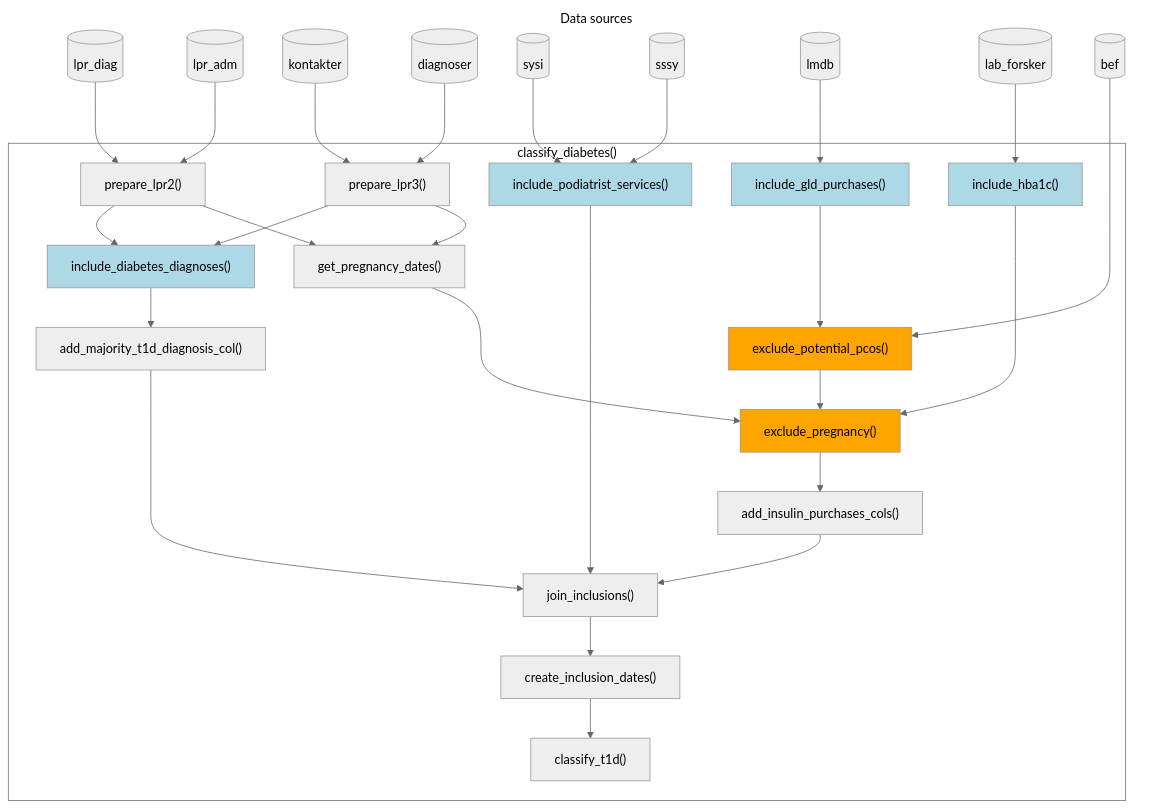
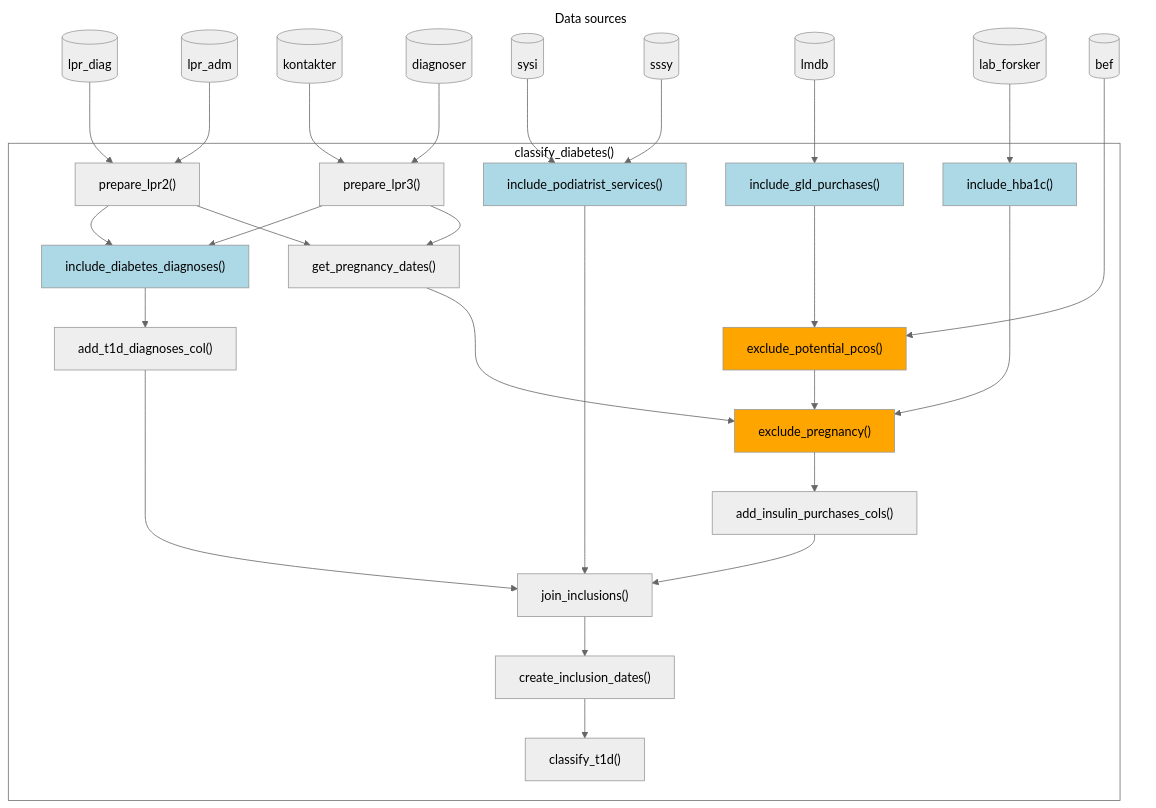
One commit to steno-aarhus/osdc changed the diagram in vignettes/function-flow.qmd. Above: the diagram before and after it, drawn with Mermaid (neutral theme). The commit also changed 2 other files, not shown here.

Commit message:
refactor: :pencil2: rename to `add_t1d_diagnoses_cols()`

````diff
--- a/vignettes/function-flow.qmd
+++ b/vignettes/function-flow.qmd
@@ -23,68 +23,68 @@
 ```{mermaid}
 %%| eval: true
 %%| fig-cap: "Flow of functions in, as well as their required input registers, in the `classify_diabetes()` function used for classifying diabetes status using the osdc package. Light blue and orange boxes represent filtering functions (inclusion and exclusion events, respectively)."
 
 flowchart TD
   subgraph data_sources["Data sources"]
     lpr_diag[("lpr_diag")]
     lpr_adm[("lpr_adm")]
     kontakter[("kontakter")]
     diagnoser[("diagnoser")]
     sysi[("sysi")]
     sssy[("sssy")]
     lmdb[("lmdb")]
     lab_forsker[("lab_forsker")]
     bef[("bef")]
   end
 
   subgraph classify_diabetes["classify_diabetes()"]
 
     lpr_diag --> prepare_lpr2["prepare_lpr2()"]
     lpr_adm --> prepare_lpr2
 
     kontakter --> prepare_lpr3["prepare_lpr3()"]
     diagnoser --> prepare_lpr3
 
     prepare_lpr2 --> get_pregnancy_dates["get_pregnancy_dates()"]
     prepare_lpr3 --> get_pregnancy_dates
 
     %% Inclusion steps
     sysi --> include_podiatrist_services["include_podiatrist_services()"]:::include
     sssy --> include_podiatrist_services
 
     prepare_lpr2 --> include_diabetes_diagnoses["include_diabetes_diagnoses()"]:::include
     prepare_lpr3 --> include_diabetes_diagnoses
-    include_diabetes_diagnoses --> add_majority_t1d_diagnosis_col["add_majority_t1d_diagnosis_col()"]
+    include_diabetes_diagnoses --> add_t1d_diagnoses_col["add_t1d_diagnoses_col()"]
 
     lmdb --> include_gld_purchases["include_gld_purchases()"]:::include
 
     lab_forsker --> include_hba1c["include_hba1c()"]:::include
 
     %% Exclusion steps
     include_gld_purchases --> exclude_potential_pcos["exclude_potential_pcos()"]:::exclude
     bef --> exclude_potential_pcos
 
     exclude_potential_pcos --> exclude_pregnancy["exclude_pregnancy()"]:::exclude
     get_pregnancy_dates --> exclude_pregnancy
     include_hba1c --> exclude_pregnancy
     exclude_pregnancy --> add_insulin_purchases_cols["add_insulin_purchases_cols()"]
 
     %% Joining
-    add_majority_t1d_diagnosis_col --> join_inclusions["join_inclusions()"]
+    add_t1d_diagnoses_col --> join_inclusions["join_inclusions()"]
     include_podiatrist_services --> join_inclusions
     add_insulin_purchases_cols --> join_inclusions
 
     join_inclusions --> create_inclusion_dates["create_inclusion_dates()"]
     create_inclusion_dates --> classify_t1d["classify_t1d()"]
 
     get_pregnancy_dates ~~~ exclude_potential_pcos
 
   end
 
   %% Styling
   classDef default fill:#EEEEEE,color:#000000
   classDef include fill:lightblue
   classDef exclude fill:orange
   style classify_diabetes fill:#FFFFFF,color:#000000
   style data_sources fill:#FFFFFF,color:#000000,stroke-width:0px
 ```
````
